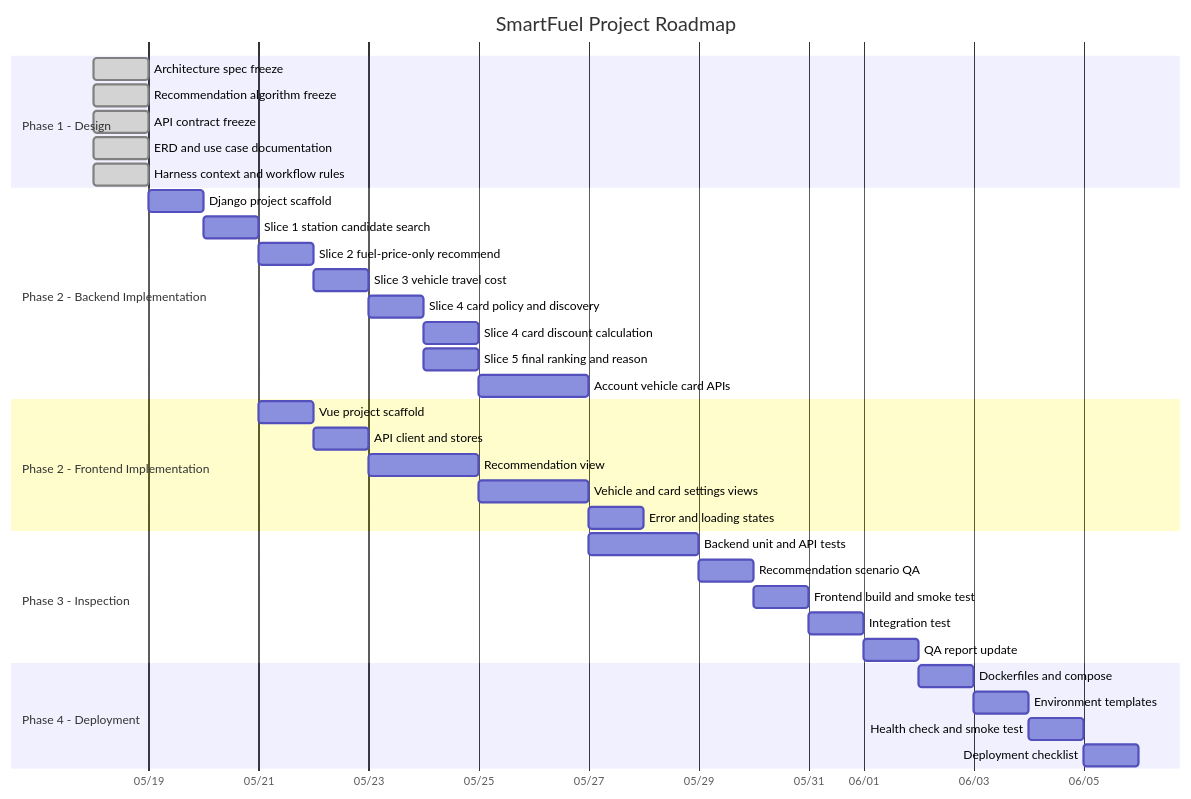
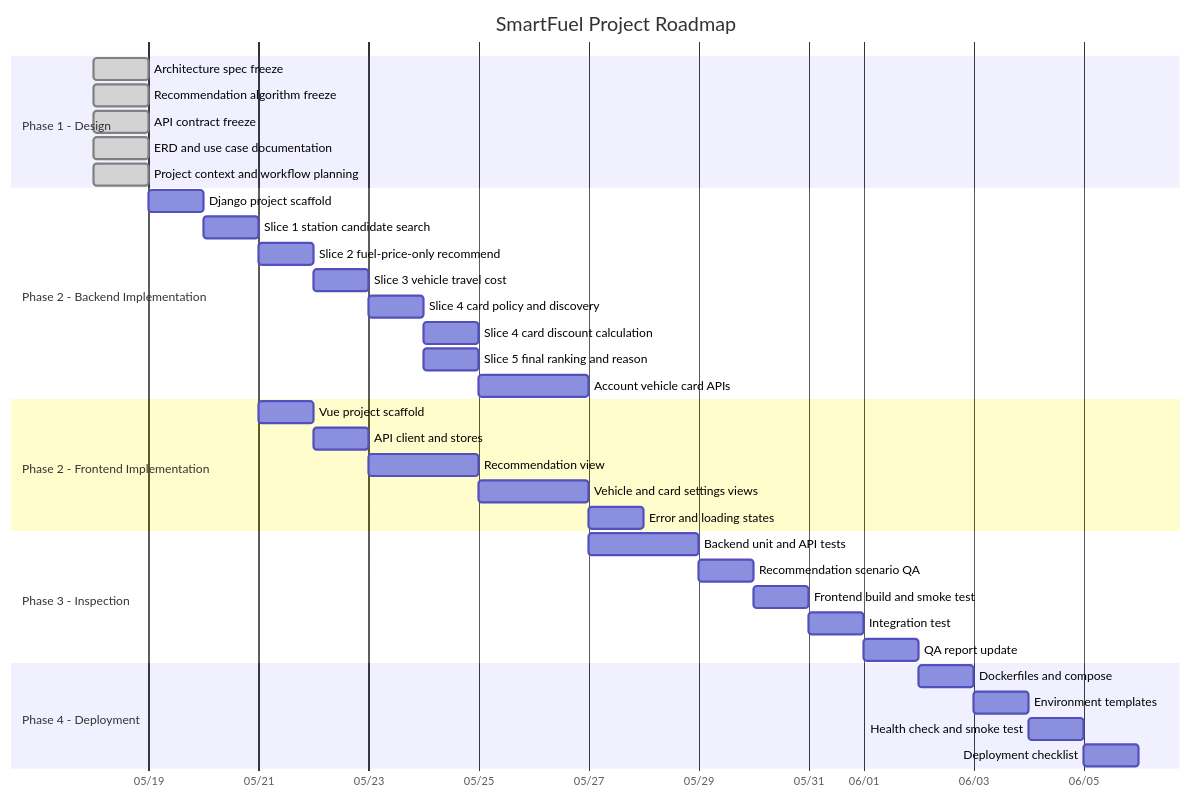
One commit to TorinoJujakdan/PJT changed the diagram in docs/archive/08_gantt_chart.md. Above: the diagram before and after it, drawn with Mermaid. The commit also changed other lines of this file and 22 other files, not shown here.

````diff
--- a/docs/archive/08_gantt_chart.md
+++ b/docs/archive/08_gantt_chart.md
@@ -12,43 +12,43 @@
 ```mermaid
 gantt
     title SmartFuel Project Roadmap
     dateFormat  YYYY-MM-DD
     axisFormat  %m/%d
 
     section Phase 1 - Design
     Architecture spec freeze           :done, des1, 2026-05-18, 1d
     Recommendation algorithm freeze    :done, des2, 2026-05-18, 1d
     API contract freeze                :done, des3, 2026-05-18, 1d
     ERD and use case documentation     :done, des4, 2026-05-18, 1d
-    Harness context and workflow rules :done, des5, 2026-05-18, 1d
+    Project context and workflow planning :done, des5, 2026-05-18, 1d
 
     section Phase 2 - Backend Implementation
     Django project scaffold            :impl1, 2026-05-19, 1d
     Slice 1 station candidate search   :impl2, after impl1, 1d
     Slice 2 fuel-price-only recommend  :impl3, after impl2, 1d
     Slice 3 vehicle travel cost        :impl4, after impl3, 1d
     Slice 4 card policy and discovery  :impl5, after impl4, 1d
     Slice 4 card discount calculation  :impl5b, after impl5, 1d
     Slice 5 final ranking and reason   :impl6, after impl5, 1d
     Account vehicle card APIs          :impl7, after impl6, 2d
 
     section Phase 2 - Frontend Implementation
     Vue project scaffold               :front1, 2026-05-21, 1d
     API client and stores              :front2, after front1, 1d
     Recommendation view                :front3, after front2, 2d
     Vehicle and card settings views    :front4, after front3, 2d
     Error and loading states           :front5, after front4, 1d
 
     section Phase 3 - Inspection
     Backend unit and API tests         :qa1, 2026-05-27, 2d
     Recommendation scenario QA         :qa2, after qa1, 1d
     Frontend build and smoke test      :qa3, after qa2, 1d
     Integration test                   :qa4, after qa3, 1d
     QA report update                   :qa5, after qa4, 1d
 
     section Phase 4 - Deployment
     Dockerfiles and compose            :dep1, 2026-06-02, 1d
     Environment templates              :dep2, after dep1, 1d
     Health check and smoke test        :dep3, after dep2, 1d
     Deployment checklist               :dep4, after dep3, 1d
 ```
````
